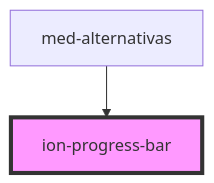
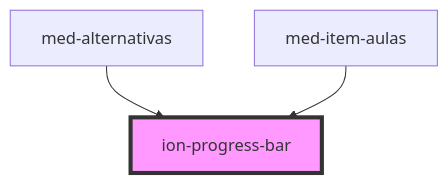
Before and after one commit to MEDGRUPOGIT/ionic-framework-1: the diagram in core/src/components/progress-bar/readme.md, drawn with Mermaid. The commit also changed other lines of this file and 16 other files, not shown here.

````diff
--- a/core/src/components/progress-bar/readme.md
+++ b/core/src/components/progress-bar/readme.md
@@ -172,5 +173,6 @@
 ```mermaid
 graph TD;
   med-alternativas --> ion-progress-bar
+  med-item-aulas --> ion-progress-bar
   style ion-progress-bar fill:#f9f,stroke:#333,stroke-width:4px
 ```
````
